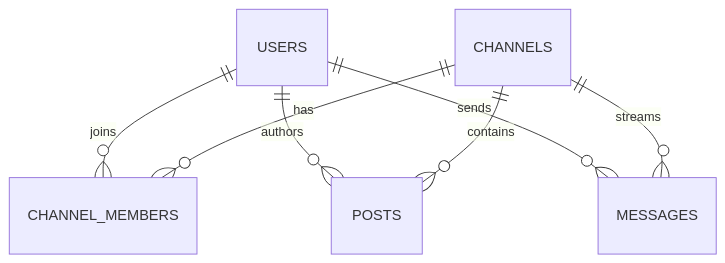
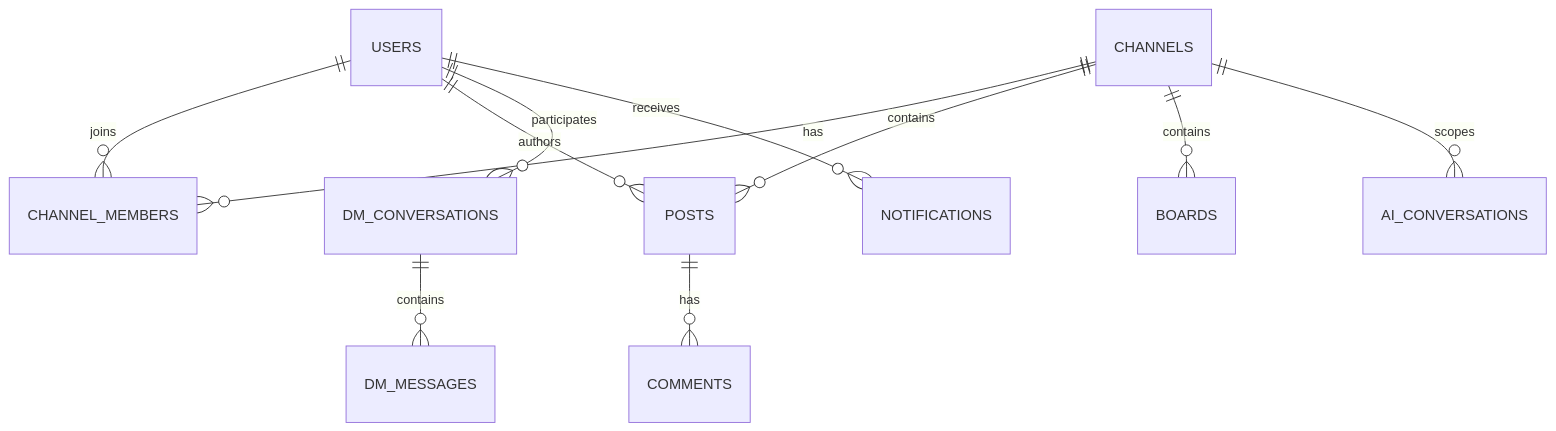
One commit to MistalCry/Isles changed the third of 7 diagrams in docs/02-架构设计.md. Above: the diagram before and after it, drawn with Mermaid. The commit also changed other lines of this file and 6 other files, not shown here.

````diff
--- a/docs/02-架构设计.md
+++ b/docs/02-架构设计.md
@@ -228,9 +236,13 @@
 ```mermaid
 erDiagram
   USERS ||--o{ CHANNEL_MEMBERS : joins
   CHANNELS ||--o{ CHANNEL_MEMBERS : has
+  CHANNELS ||--o{ POSTS : contains
+  CHANNELS ||--o{ BOARDS : contains
   USERS ||--o{ POSTS : authors
-  CHANNELS ||--o{ POSTS : contains
-  USERS ||--o{ MESSAGES : sends
-  CHANNELS ||--o{ MESSAGES : streams
+  POSTS ||--o{ COMMENTS : has
+  USERS ||--o{ DM_CONVERSATIONS : participates
+  DM_CONVERSATIONS ||--o{ DM_MESSAGES : contains
+  USERS ||--o{ NOTIFICATIONS : receives
+  CHANNELS ||--o{ AI_CONVERSATIONS : scopes
 ```
````
